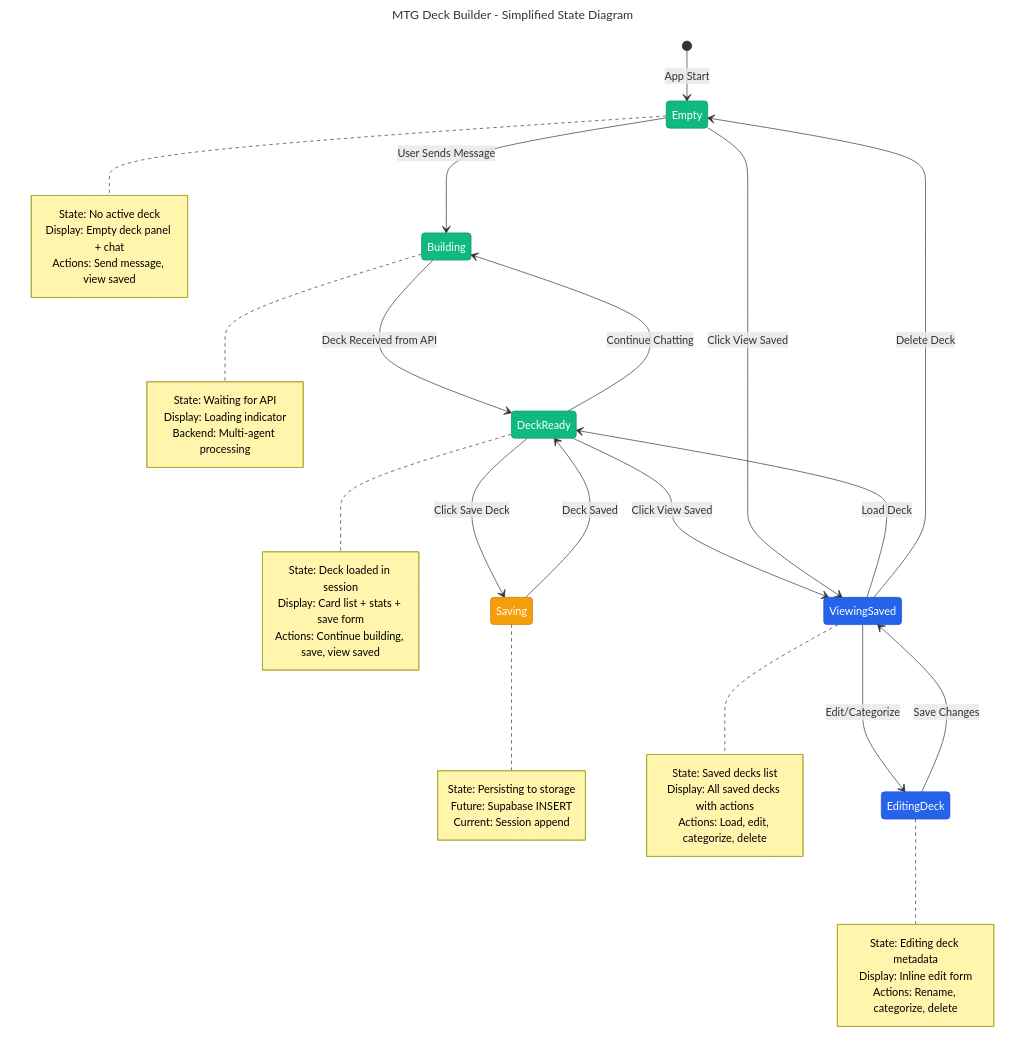
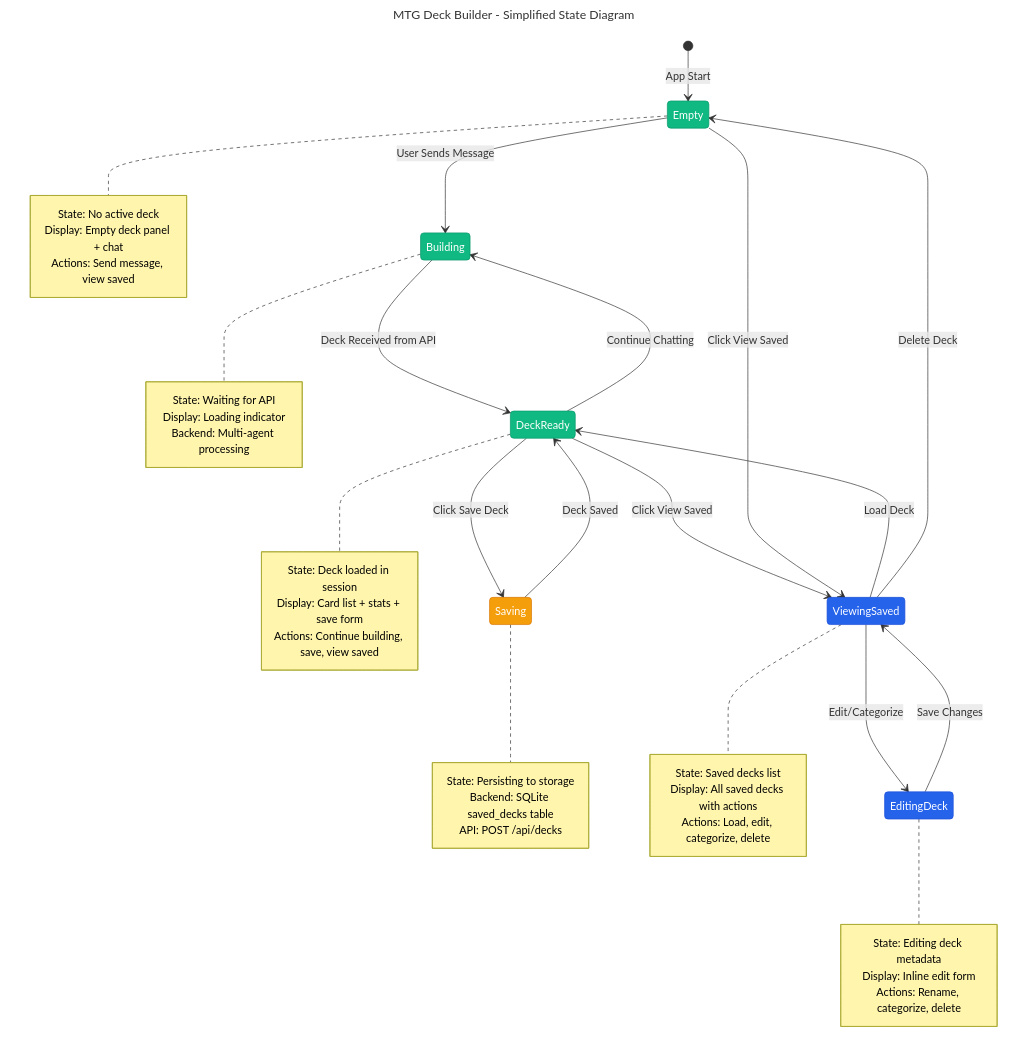
One commit to swstevens/agentic-cag-system changed the diagram in v3/docs/simplified-state-diagram.mmd. Above: the diagram before and after it, drawn with Mermaid. The commit also changed 3 other files, not shown here.

First line of the commit message:
feat: Update chat to send current deck and replace Supabase with SQLite in docs

```diff
--- a/v3/docs/simplified-state-diagram.mmd
+++ b/v3/docs/simplified-state-diagram.mmd
@@ -1,67 +1,67 @@
 ---
 title: MTG Deck Builder - Simplified State Diagram
 ---
 
 stateDiagram-v2
     [*] --> Empty: App Start
 
     Empty --> Building: User Sends Message
     Building --> DeckReady: Deck Received from API
 
     DeckReady --> Building: Continue Chatting
     DeckReady --> Saving: Click Save Deck
     DeckReady --> ViewingSaved: Click View Saved
 
     Saving --> DeckReady: Deck Saved
 
     ViewingSaved --> DeckReady: Load Deck
     ViewingSaved --> EditingDeck: Edit/Categorize
     ViewingSaved --> Empty: Delete Deck
 
     EditingDeck --> ViewingSaved: Save Changes
 
     Empty --> ViewingSaved: Click View Saved
 
     note right of Empty
         State: No active deck
         Display: Empty deck panel + chat
         Actions: Send message, view saved
     end note
 
     note right of Building
         State: Waiting for API
         Display: Loading indicator
         Backend: Multi-agent processing
     end note
 
     note right of DeckReady
         State: Deck loaded in session
         Display: Card list + stats + save form
         Actions: Continue building, save, view saved
     end note
 
     note right of Saving
         State: Persisting to storage
-        Future: Supabase INSERT
-        Current: Session append
+        Backend: SQLite saved_decks table
+        API: POST /api/decks
     end note
 
     note right of ViewingSaved
         State: Saved decks list
         Display: All saved decks with actions
         Actions: Load, edit, categorize, delete
     end note
 
     note right of EditingDeck
         State: Editing deck metadata
         Display: Inline edit form
         Actions: Rename, categorize, delete
     end note
 
 classDef active fill:#10b981,stroke:#059669,color:#fff
 classDef transition fill:#f59e0b,stroke:#d97706,color:#fff
 classDef management fill:#2563eb,stroke:#1d4ed8,color:#fff
 
 class Empty,Building,DeckReady active
 class Saving transition
 class ViewingSaved,EditingDeck management
```
